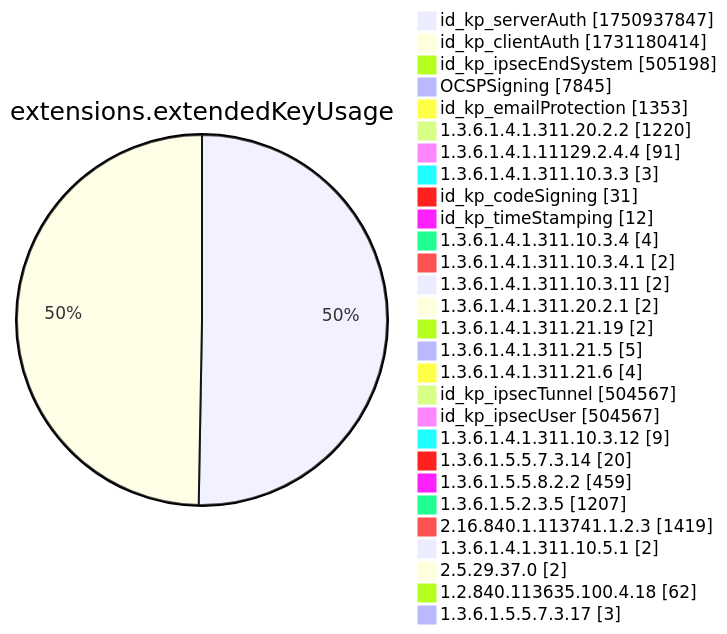
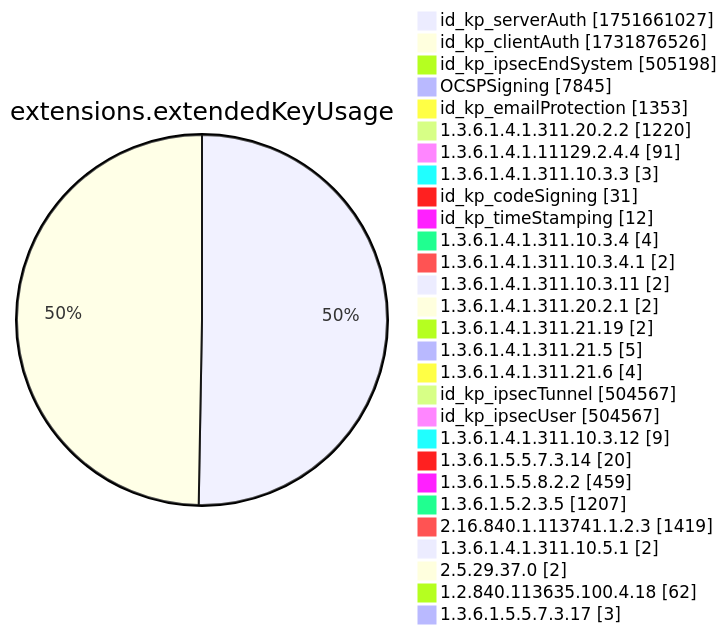
Before and after one commit to christiankrug/ctmonitor_visualization: diagram 12 of 15 in xenon2022/README.md, drawn with Mermaid. The commit also changed other lines of this file, not shown here.

````diff
--- a/xenon2022/README.md
+++ b/xenon2022/README.md
@@ -3892,32 +3892,32 @@
 ```mermaid
 pie showData
 title extensions.extendedKeyUsage
-"id_kp_serverAuth" :1750937847
-"id_kp_clientAuth" :1731180414
+"id_kp_serverAuth" :1751661027
+"id_kp_clientAuth" :1731876526
 "id_kp_ipsecEndSystem" :505198
 "OCSPSigning" :7845
 "id_kp_emailProtection" :1353
 "1.3.6.1.4.1.311.20.2.2" :1220
 "1.3.6.1.4.1.11129.2.4.4" :91
 "1.3.6.1.4.1.311.10.3.3" :3
 "id_kp_codeSigning" :31
 "id_kp_timeStamping" :12
 "1.3.6.1.4.1.311.10.3.4" :4
 "1.3.6.1.4.1.311.10.3.4.1" :2
 "1.3.6.1.4.1.311.10.3.11" :2
 "1.3.6.1.4.1.311.20.2.1" :2
 "1.3.6.1.4.1.311.21.19" :2
 "1.3.6.1.4.1.311.21.5" :5
 "1.3.6.1.4.1.311.21.6" :4
 "id_kp_ipsecTunnel" :504567
 "id_kp_ipsecUser" :504567
 "1.3.6.1.4.1.311.10.3.12" :9
 "1.3.6.1.5.5.7.3.14" :20
 "1.3.6.1.5.5.8.2.2" :459
 "1.3.6.1.5.2.3.5" :1207
 "2.16.840.1.113741.1.2.3" :1419
 "1.3.6.1.4.1.311.10.5.1" :2
 "2.5.29.37.0" :2
 "1.2.840.113635.100.4.18" :62
 "1.3.6.1.5.5.7.3.17" :3
 ```
````
